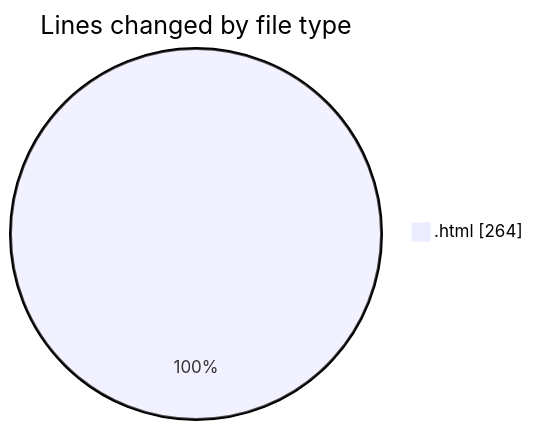
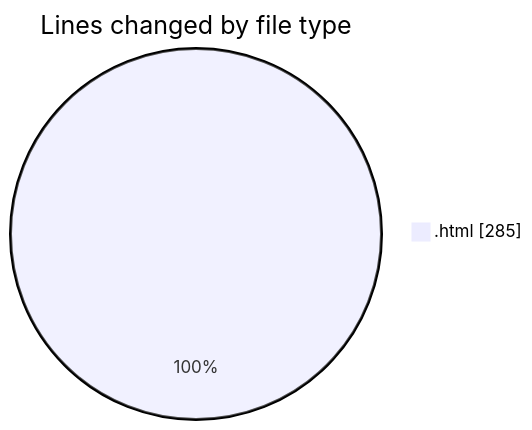
The first of 2 diagrams in 2025-01-13/nueva_carpeta/README.md (LanceThiago/code-tracking), drawn with Mermaid before and after one commit. The commit also changed other lines of this file and 1 other file, not shown here.

````diff
--- a/2025-01-13/nueva_carpeta/README.md
+++ b/2025-01-13/nueva_carpeta/README.md
@@ -20,5 +20,5 @@
 ```mermaid
 pie showData
 title Lines changed by file type
-".html" : 264
+".html" : 285
 ```
````
